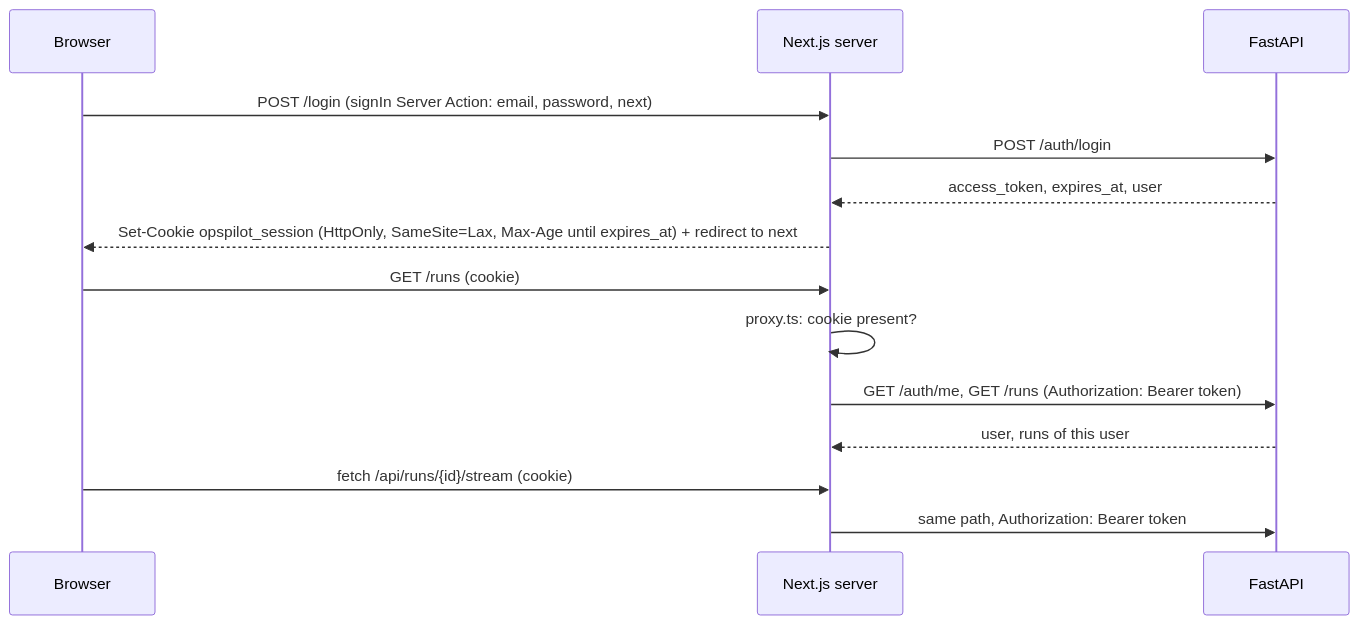
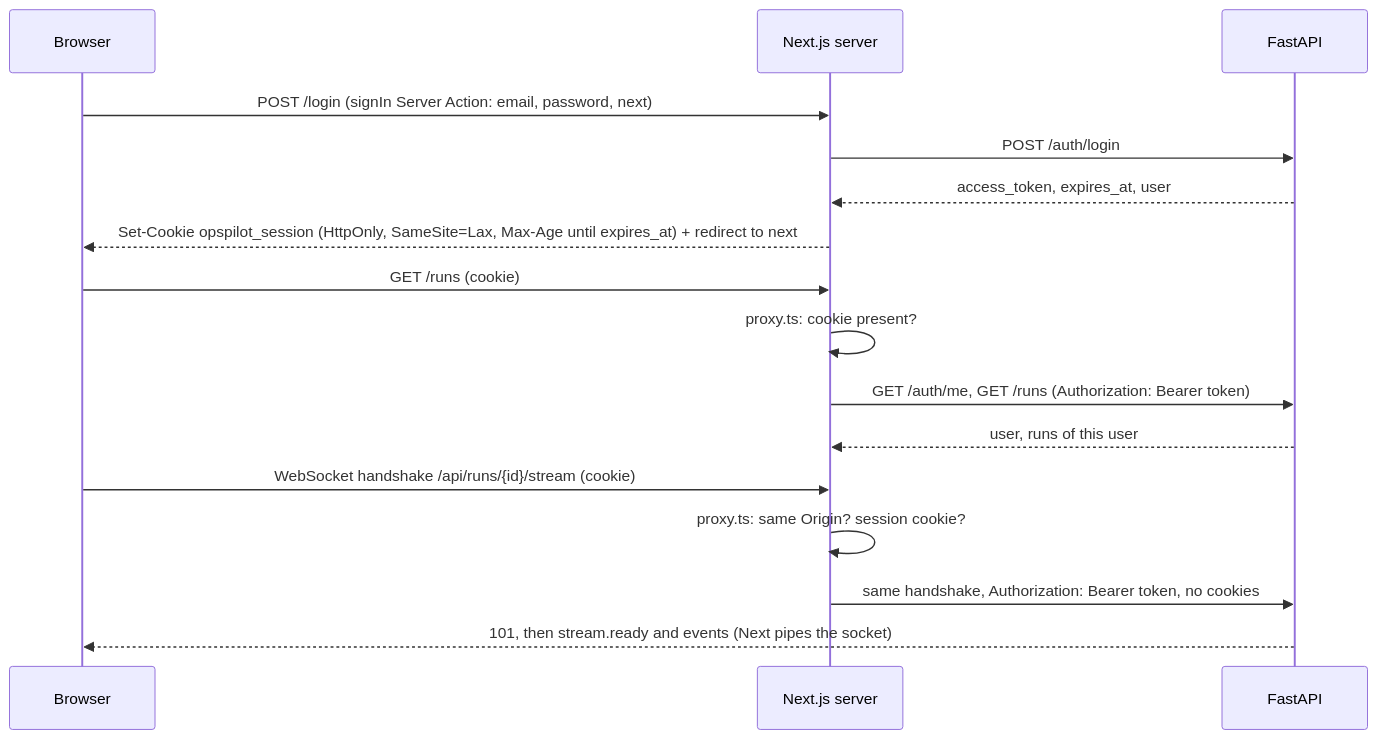
One commit to midu-01/OpsPilot-AI changed the second of 2 diagrams in docs/frontend.md. Above: the diagram before and after it, drawn with Mermaid. The commit also changed other lines of this file and 3 other files, not shown here.

First line of the commit message:
docs: describe the WebSocket run stream

````diff
--- a/docs/frontend.md
+++ b/docs/frontend.md
@@ -71,16 +71,18 @@
 ```mermaid
 sequenceDiagram
   participant B as Browser
   participant N as Next.js server
   participant F as FastAPI
   B->>N: POST /login (signIn Server Action: email, password, next)
   N->>F: POST /auth/login
   F-->>N: access_token, expires_at, user
   N-->>B: Set-Cookie opspilot_session (HttpOnly, SameSite=Lax, Max-Age until expires_at) + redirect to next
   B->>N: GET /runs (cookie)
   N->>N: proxy.ts: cookie present?
   N->>F: GET /auth/me, GET /runs (Authorization: Bearer token)
   F-->>N: user, runs of this user
-  B->>N: fetch /api/runs/{id}/stream (cookie)
-  N->>F: same path, Authorization: Bearer token
+  B->>N: WebSocket handshake /api/runs/{id}/stream (cookie)
+  N->>N: proxy.ts: same Origin? session cookie?
+  N->>F: same handshake, Authorization: Bearer token, no cookies
+  F-->>B: 101, then stream.ready and events (Next pipes the socket)
 ```
````
